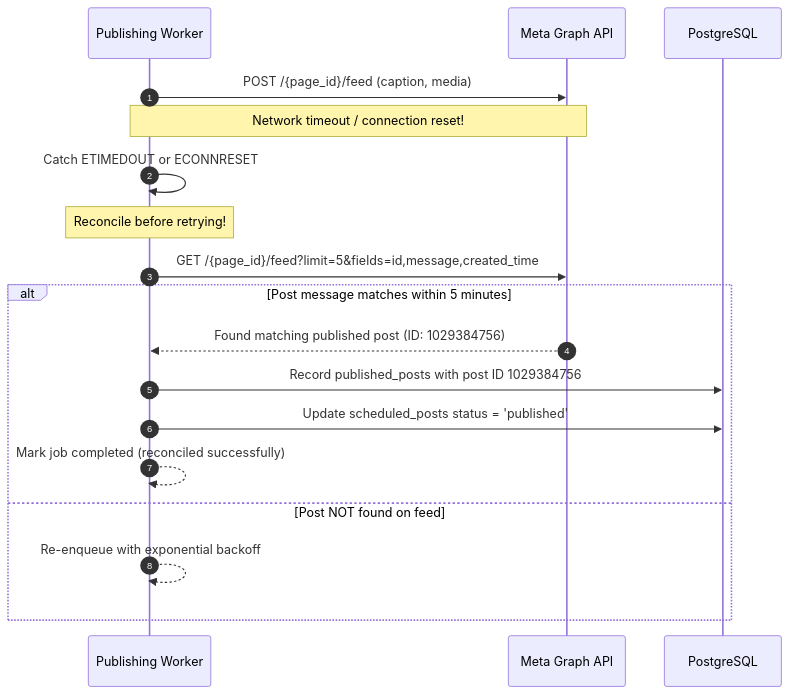
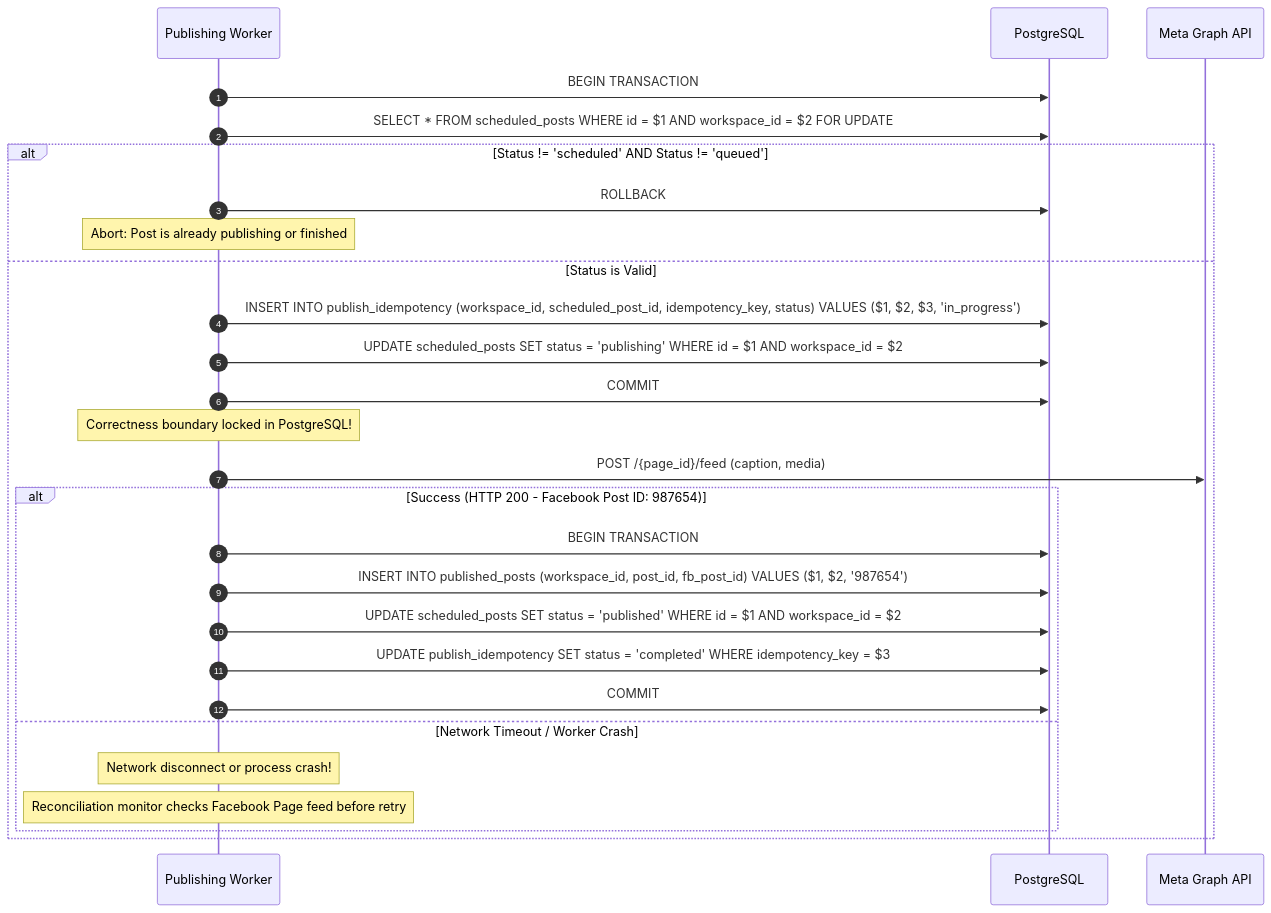
The second of 2 diagrams in docs/saas/job-processing.md (imsusanta/facebook-auto-post), drawn with Mermaid before and after one commit. The commit also changed other lines of this file and 10 other files, not shown here.

Commit message:
docs(saas): correct tenant security and architecture assumptions

````diff
--- a/docs/saas/job-processing.md
+++ b/docs/saas/job-processing.md
@@ -254,22 +67,32 @@
 ```mermaid
 sequenceDiagram
     autonumber
     participant Worker as Publishing Worker
+    participant PG as PostgreSQL
     participant Meta as Meta Graph API
-    participant PG as PostgreSQL
 
-    Worker->>Meta: POST /{page_id}/feed (caption, media)
-    Note over Worker,Meta: Network timeout / connection reset!
-    Worker->>Worker: Catch ETIMEDOUT or ECONNRESET
+    Worker->>PG: BEGIN TRANSACTION
+    Worker->>PG: SELECT * FROM scheduled_posts WHERE id = $1 AND workspace_id = $2 FOR UPDATE
+    alt Status != 'scheduled' AND Status != 'queued'
+        Worker->>PG: ROLLBACK
+        Note over Worker: Abort: Post is already publishing or finished
+    else Status is Valid
+        Worker->>PG: INSERT INTO publish_idempotency (workspace_id, scheduled_post_id, idempotency_key, status) VALUES ($1, $2, $3, 'in_progress')
+        Worker->>PG: UPDATE scheduled_posts SET status = 'publishing' WHERE id = $1 AND workspace_id = $2
+        Worker->>PG: COMMIT
 
-    Note over Worker: Reconcile before retrying!
-    Worker->>Meta: GET /{page_id}/feed?limit=5&fields=id,message,created_time
-    alt Post message matches within 5 minutes
-        Meta-->>Worker: Found matching published post (ID: 1029384756)
-        Worker->>PG: Record published_posts with post ID 1029384756
-        Worker->>PG: Update scheduled_posts status = 'published'
-        Worker-->>Worker: Mark job completed (reconciled successfully)
-    else Post NOT found on feed
-        Worker-->>Worker: Re-enqueue with exponential backoff
+        Note over Worker: Correctness boundary locked in PostgreSQL!
+        Worker->>Meta: POST /{page_id}/feed (caption, media)
+
+        alt Success (HTTP 200 - Facebook Post ID: 987654)
+            Worker->>PG: BEGIN TRANSACTION
+            Worker->>PG: INSERT INTO published_posts (workspace_id, post_id, fb_post_id) VALUES ($1, $2, '987654')
+            Worker->>PG: UPDATE scheduled_posts SET status = 'published' WHERE id = $1 AND workspace_id = $2
+            Worker->>PG: UPDATE publish_idempotency SET status = 'completed' WHERE idempotency_key = $3
+            Worker->>PG: COMMIT
+        else Network Timeout / Worker Crash
+            Note over Worker: Network disconnect or process crash!
+            Note over Worker: Reconciliation monitor checks Facebook Page feed before retry
+        end
     end
 ```
````
